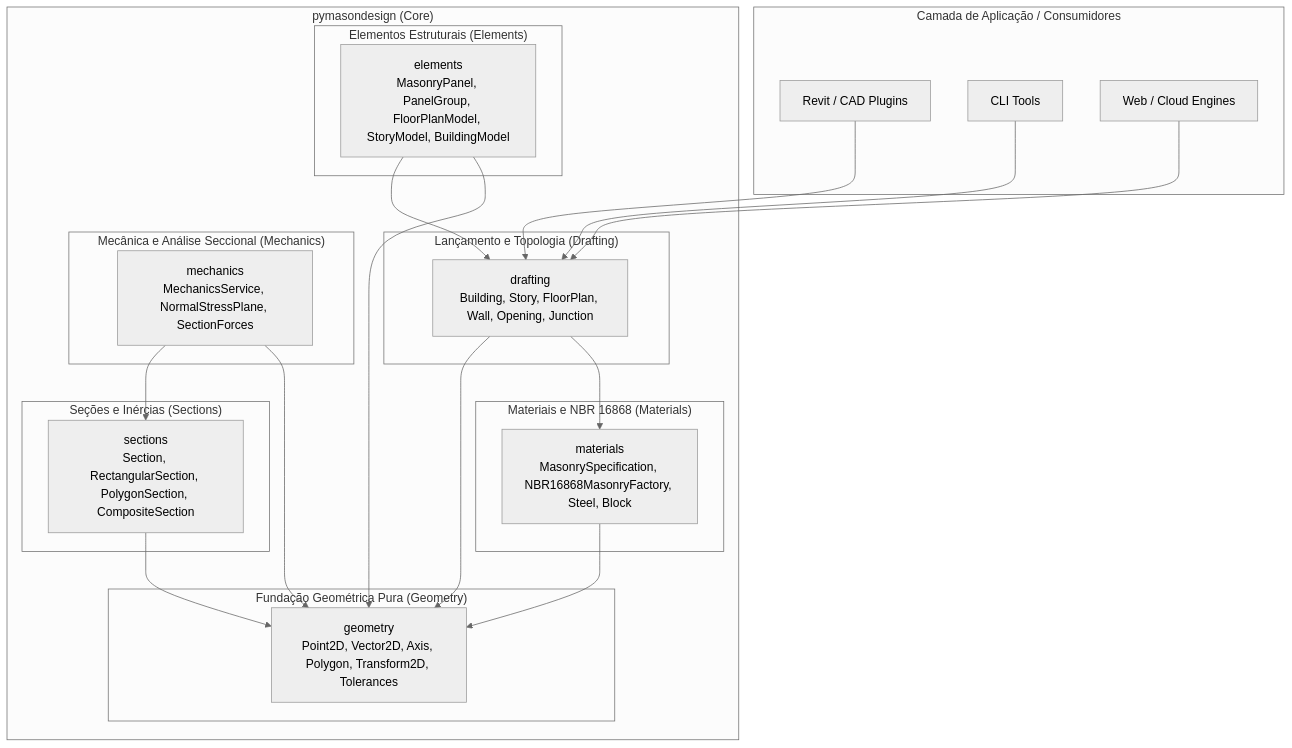
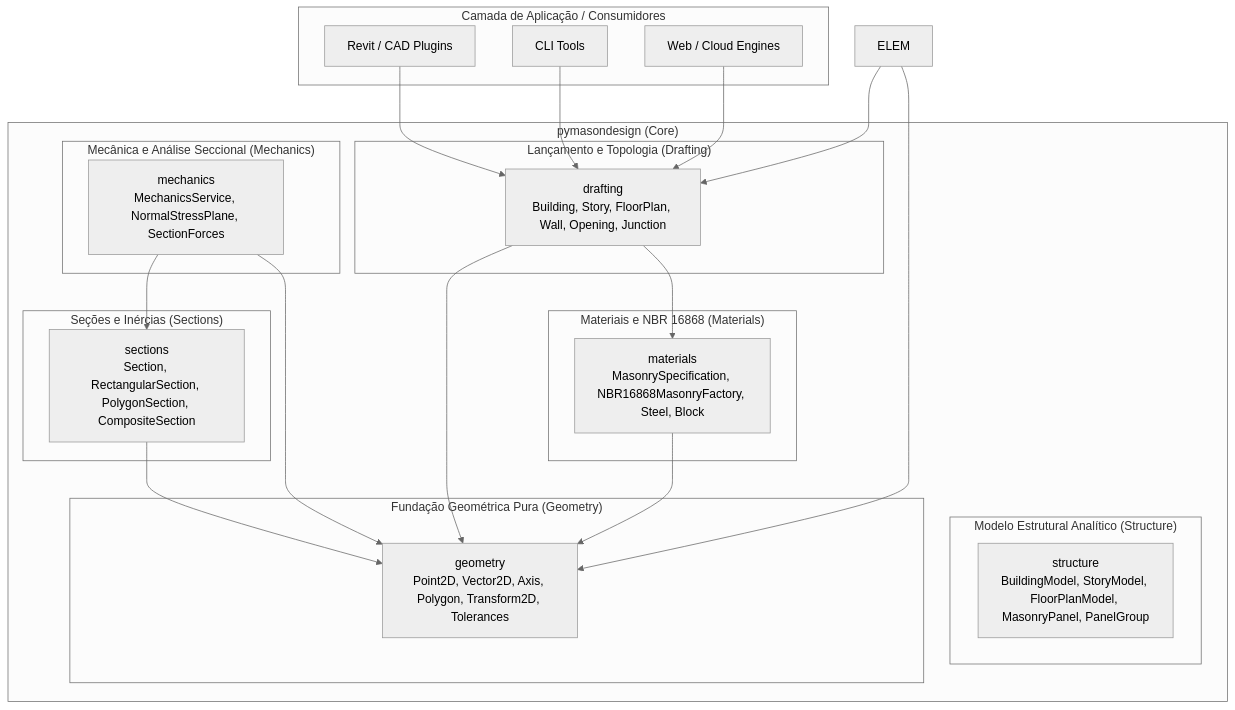
Before and after one commit to BrunoFurlam/pymasondesign: the first of 2 diagrams in ARCHITECTURE.md, drawn with Mermaid (neutral theme). The commit also changed other lines of this file and 12 other files, not shown here.

Commit message:
refactor: rename elements module to structure

````diff
--- a/ARCHITECTURE.md
+++ b/ARCHITECTURE.md
@@ -11,46 +11,46 @@
 ```mermaid
 graph TD
     subgraph "Camada de Aplicação / Consumidores"
         A[Revit / CAD Plugins]
         B[CLI Tools]
         C[Web / Cloud Engines]
     end
 
     subgraph "pymasondesign (Core)"
-        subgraph "Elementos Estruturais (Elements)"
-            ELEM[elements<br/>MasonryPanel, PanelGroup, FloorPlanModel, StoryModel, BuildingModel]
+        subgraph "Modelo Estrutural Analítico (Structure)"
+            STRUCT[structure<br/>BuildingModel, StoryModel, FloorPlanModel, MasonryPanel, PanelGroup]
         end
 
         subgraph "Lançamento e Topologia (Drafting)"
             DRAFT[drafting<br/>Building, Story, FloorPlan, Wall, Opening, Junction]
         end
 
         subgraph "Mecânica e Análise Seccional (Mechanics)"
             MECH[mechanics<br/>MechanicsService, NormalStressPlane, SectionForces]
         end
 
         subgraph "Seções e Inércias (Sections)"
             SECT[sections<br/>Section, RectangularSection, PolygonSection, CompositeSection]
         end
 
         subgraph "Materiais e NBR 16868 (Materials)"
             MAT[materials<br/>MasonrySpecification, NBR16868MasonryFactory, Steel, Block]
         end
 
         subgraph "Fundação Geométrica Pura (Geometry)"
             GEOM[geometry<br/>Point2D, Vector2D, Axis, Polygon, Transform2D, Tolerances]
         end
     end
 
     A --> DRAFT
     B --> DRAFT
     C --> DRAFT
     DRAFT --> GEOM
     DRAFT --> MAT
     ELEM --> DRAFT
     ELEM --> GEOM
     MECH --> SECT
     MECH --> GEOM
     SECT --> GEOM
     MAT --> GEOM
 ```
````
